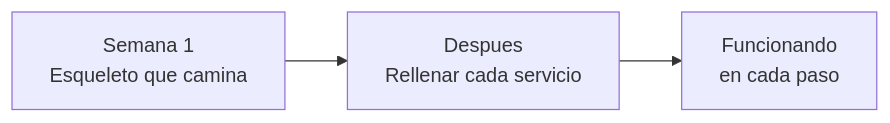
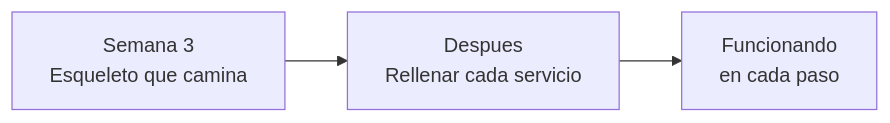
One commit to iadev2005/hydrovalley changed the sixth of 7 diagrams in docs/documento-inicial.md. Above: the diagram before and after it, drawn with Mermaid. The commit also changed other lines of this file and 1 other file, not shown here.

````diff
--- a/docs/documento-inicial.md
+++ b/docs/documento-inicial.md
@@ -1076,5 +1076,5 @@
 ```mermaid
 flowchart LR
-    A[Semana 1<br/>Esqueleto que camina] --> B[Despues<br/>Rellenar cada servicio]
+    A[Semana 3<br/>Esqueleto que camina] --> B[Despues<br/>Rellenar cada servicio]
     B --> C[Funcionando<br/>en cada paso]
 ```
````
